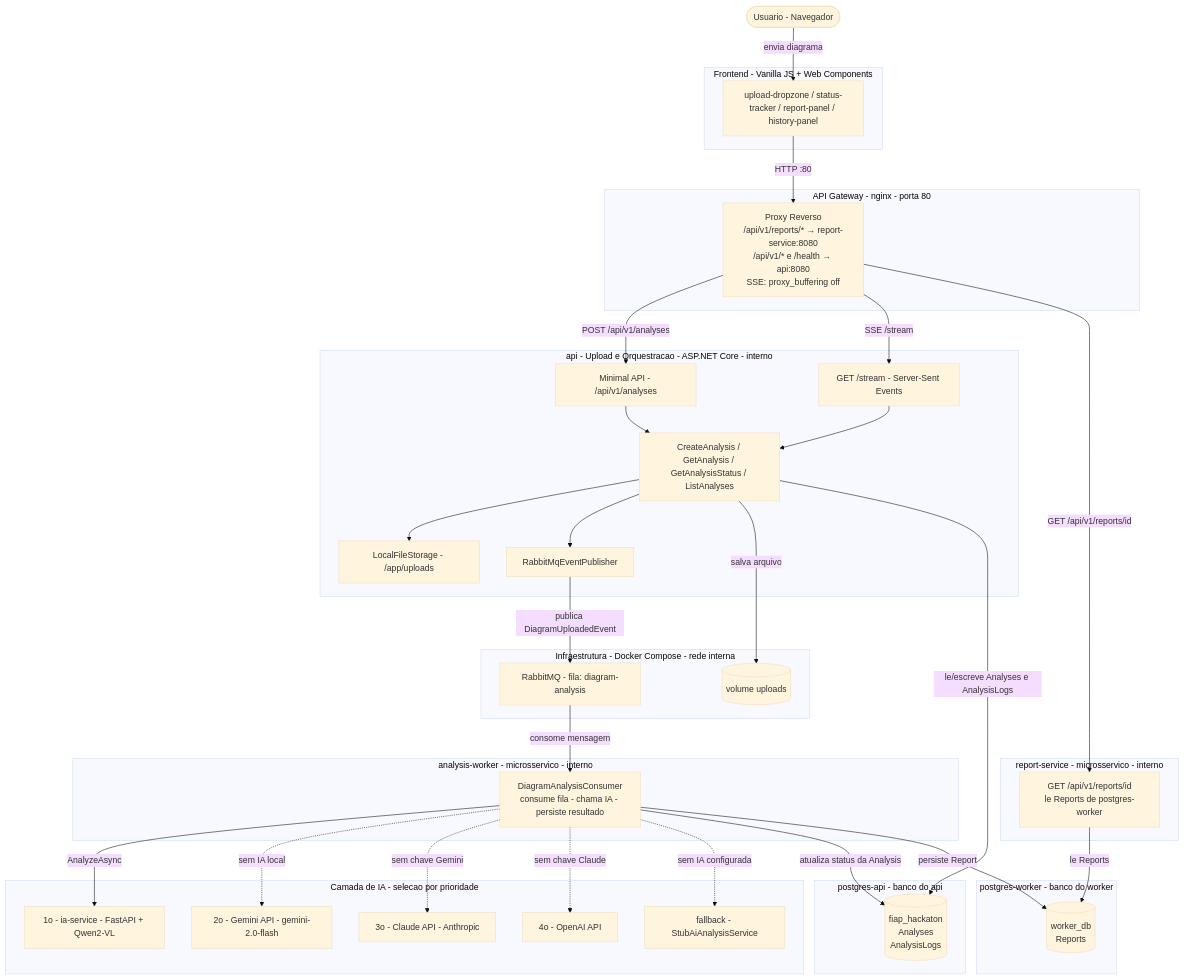
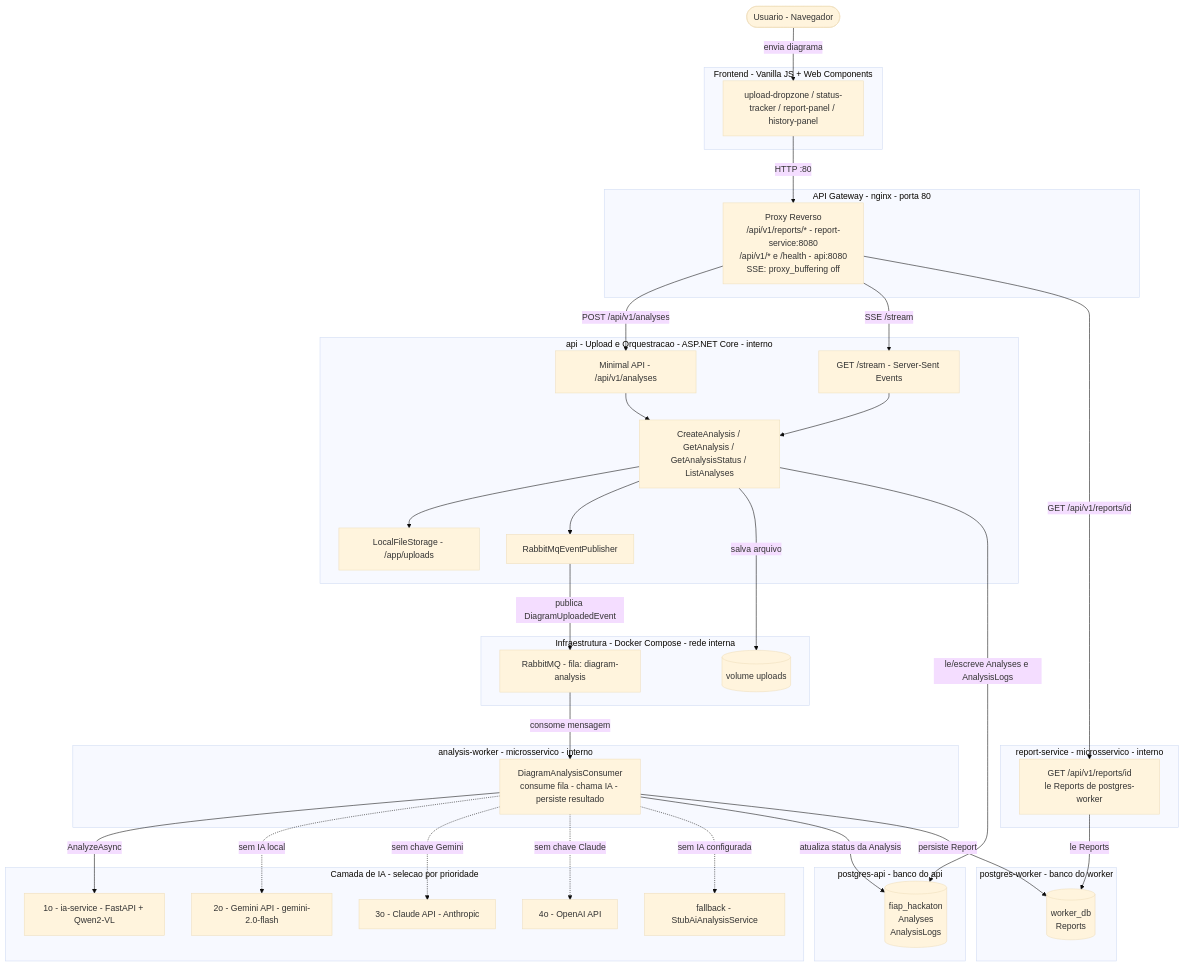
The diagram in README.md (GabrSobral/FIAP-Hackaton), drawn with Mermaid (base theme) before and after one commit.

Commit message:
Fix Mermaid diagram rendering on GitHub

````diff
--- a/README.md
+++ b/README.md
@@ -133,75 +133,75 @@
 ```mermaid
 flowchart TD
     User(["Usuario - Navegador"])
 
     subgraph Frontend["Frontend - Vanilla JS + Web Components"]
         UI["upload-dropzone / status-tracker / report-panel / history-panel"]
     end
 
     subgraph GW["API Gateway - nginx - porta 80"]
-        NGINX["Proxy Reverso\n/api/v1/reports/* → report-service:8080\n/api/v1/* e /health → api:8080\nSSE: proxy_buffering off"]
+        NGINX["Proxy Reverso<br/>/api/v1/reports/* - report-service:8080<br/>/api/v1/* e /health - api:8080<br/>SSE: proxy_buffering off"]
     end
 
     subgraph API["api - Upload e Orquestracao - ASP.NET Core - interno"]
         EP["Minimal API - /api/v1/analyses"]
         SSE["GET /stream - Server-Sent Events"]
         SVC["CreateAnalysis / GetAnalysis / GetAnalysisStatus / ListAnalyses"]
         FS["LocalFileStorage - /app/uploads"]
         PUB["RabbitMqEventPublisher"]
 
         EP --> SVC
         SVC --> FS
         SVC --> PUB
     end
 
     subgraph WORKER["analysis-worker - microsservico - interno"]
-        CON["DiagramAnalysisConsumer\nconsume fila - chama IA - persiste resultado"]
+        CON["DiagramAnalysisConsumer<br/>consume fila - chama IA - persiste resultado"]
     end
 
     subgraph REPSVC["report-service - microsservico - interno"]
-        REP["GET /api/v1/reports/id\nle Reports de postgres-worker"]
+        REP["GET /api/v1/reports/id<br/>le Reports de postgres-worker"]
     end
 
     subgraph DB_API["postgres-api - banco do api"]
-        PG_API[("fiap_hackaton\nAnalyses\nAnalysisLogs")]
+        PG_API[("fiap_hackaton<br/>Analyses<br/>AnalysisLogs")]
     end
 
     subgraph DB_WORKER["postgres-worker - banco do worker"]
-        PG_WORKER[("worker_db\nReports")]
+        PG_WORKER[("worker_db<br/>Reports")]
     end
 
     subgraph Infra["Infraestrutura - Docker Compose - rede interna"]
         MQ["RabbitMQ - fila: diagram-analysis"]
         VOL[("volume uploads")]
     end
 
     subgraph AILayer["Camada de IA - selecao por prioridade"]
         LOCAL["1o - ia-service - FastAPI + Qwen2-VL"]
         GEMINI["2o - Gemini API - gemini-2.0-flash"]
         CLAUDE["3o - Claude API - Anthropic"]
         OPENAI["4o - OpenAI API"]
         STUB["fallback - StubAiAnalysisService"]
     end
 
     User -->|"envia diagrama"| UI
     UI -->|"HTTP :80"| NGINX
     NGINX -->|"POST /api/v1/analyses"| EP
     NGINX -->|"SSE /stream"| SSE
     NGINX -->|"GET /api/v1/reports/id"| REP
     SSE --> SVC
 
     SVC -->|"salva arquivo"| VOL
     PUB -->|"publica DiagramUploadedEvent"| MQ
     MQ -->|"consome mensagem"| CON
 
     CON -->|"AnalyzeAsync"| LOCAL
     CON -.->|"sem IA local"| GEMINI
     CON -.->|"sem chave Gemini"| CLAUDE
     CON -.->|"sem chave Claude"| OPENAI
     CON -.->|"sem IA configurada"| STUB
 
     SVC -->|"le/escreve Analyses e AnalysisLogs"| PG_API
     CON -->|"atualiza status da Analysis"| PG_API
     CON -->|"persiste Report"| PG_WORKER
     REP -->|"le Reports"| PG_WORKER
 ```
````
